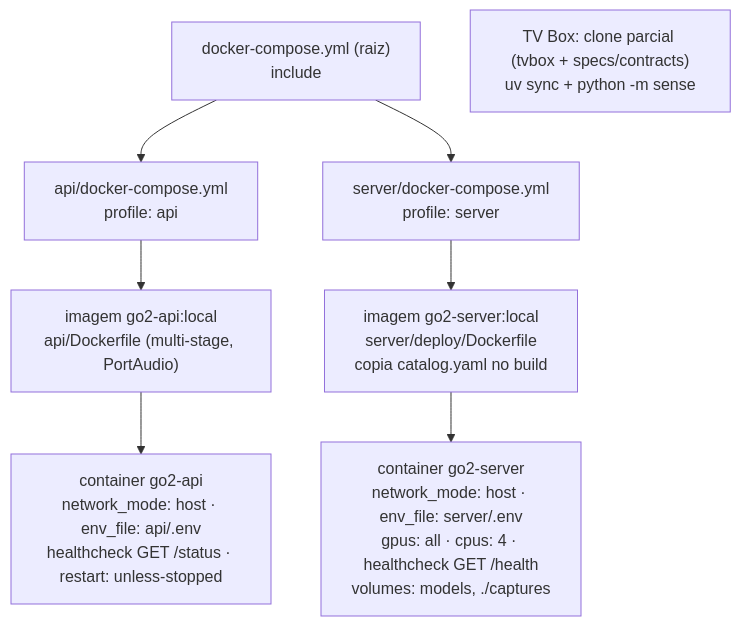
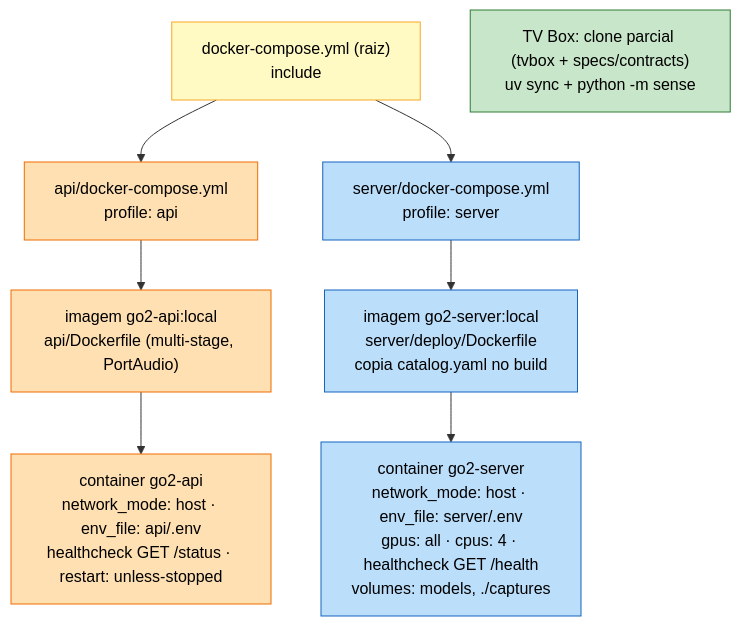
Before and after one commit to carlosvts/go2: the fourth of 6 diagrams in docs/arquitetura.md, drawn with Mermaid. The commit also changed other lines of this file, not shown here.

First line of the commit message:
docs: cores por serviço nos diagramas de arquitetura

````diff
--- a/docs/arquitetura.md
+++ b/docs/arquitetura.md
@@ -105,13 +134,22 @@
 ```mermaid
 flowchart TB
     ROOT["docker-compose.yml (raiz)<br/>include"] --> AC["api/docker-compose.yml<br/>profile: api"]
     ROOT --> SC["server/docker-compose.yml<br/>profile: server"]
 
     AC --> AI["imagem go2-api:local<br/>api/Dockerfile (multi-stage, PortAudio)"]
     SC --> SI["imagem go2-server:local<br/>server/deploy/Dockerfile<br/>copia catalog.yaml no build"]
 
     AI --> ACT["container go2-api<br/>network_mode: host · env_file: api/.env<br/>healthcheck GET /status · restart: unless-stopped"]
     SI --> SCT["container go2-server<br/>network_mode: host · env_file: server/.env<br/>gpus: all · cpus: 4 · healthcheck GET /health<br/>volumes: models, ./captures"]
 
     TV["TV Box: clone parcial (tvbox + specs/contracts)<br/>uv sync + python -m sense"]
+
+    classDef infra fill:#fff9c4,stroke:#f9a825,color:#000
+    classDef tvbox fill:#c8e6c9,stroke:#2e7d32,color:#000
+    classDef server fill:#bbdefb,stroke:#1565c0,color:#000
+    classDef api fill:#ffe0b2,stroke:#ef6c00,color:#000
+    class ROOT infra
+    class AC,AI,ACT api
+    class SC,SI,SCT server
+    class TV tvbox
 ```
````
